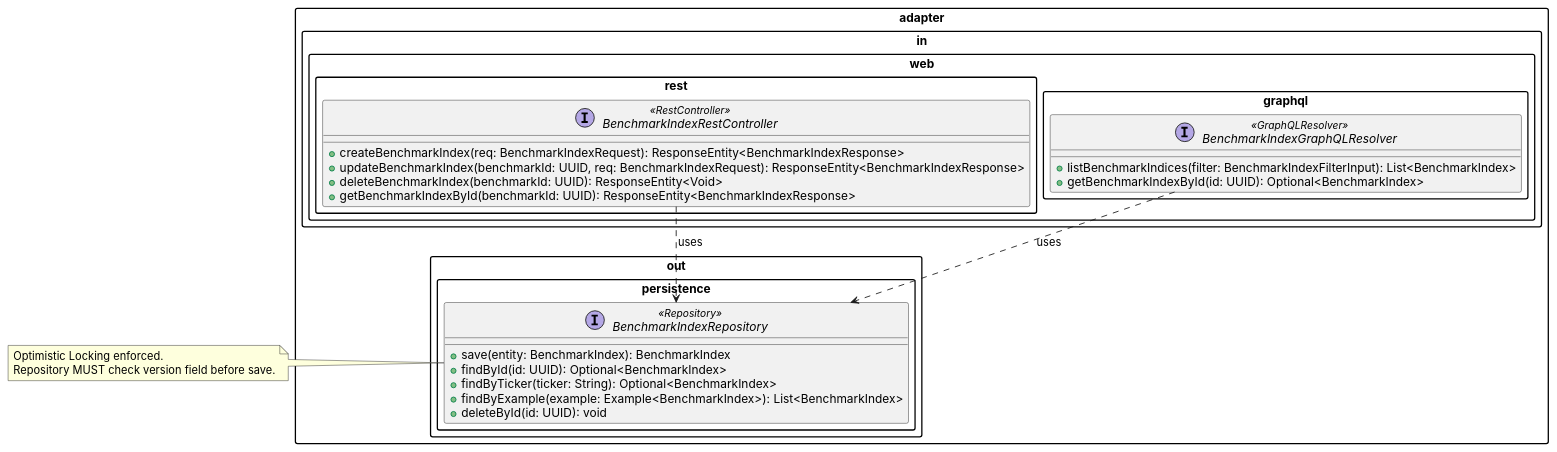
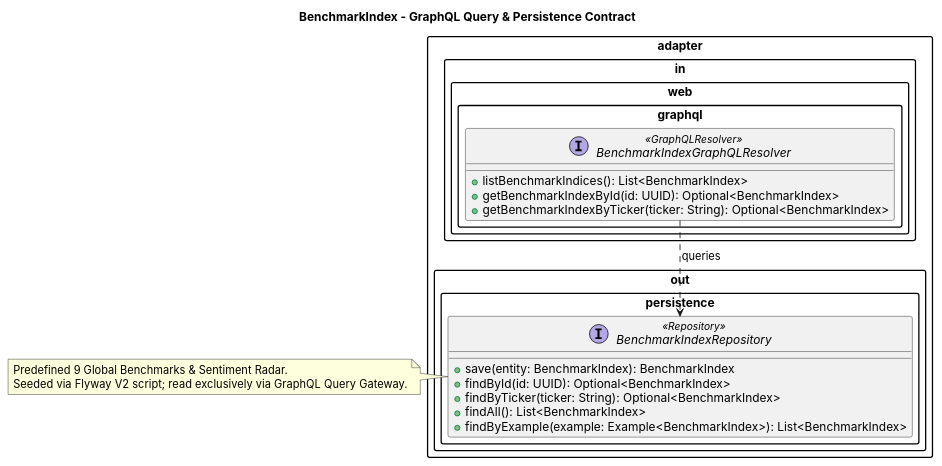
Before and after one commit to linuschien/etf-alpha-harvester: the diagram in docs/02-design-specs/uml/benchmark_index_contract.puml, drawn with PlantUML. The commit also changed other lines of this file and 10 other files, not shown here.

First line of the commit message:
Refactor UML Contracts to Transition from REST to GraphQL

```diff
--- a/docs/02-design-specs/uml/benchmark_index_contract.puml
+++ b/docs/02-design-specs/uml/benchmark_index_contract.puml
@@ -1,45 +1,36 @@
 @startuml benchmark_index_contract
 
 !pragma layout smetana
 skinparam packageStyle rectangle
 skinparam defaultFontName Inter
 
-package "adapter.in.web.rest" {
-  interface "BenchmarkIndexRestController" <<RestController>> {
-    ' --- Mutations ---
-    + createBenchmarkIndex(req: BenchmarkIndexRequest): ResponseEntity<BenchmarkIndexResponse>
-    + updateBenchmarkIndex(benchmarkId: UUID, req: BenchmarkIndexRequest): ResponseEntity<BenchmarkIndexResponse>
-    + deleteBenchmarkIndex(benchmarkId: UUID): ResponseEntity<Void>
-    ' --- Single-resource Query ---
-    + getBenchmarkIndexById(benchmarkId: UUID): ResponseEntity<BenchmarkIndexResponse>
-  }
-}
+title BenchmarkIndex - GraphQL Query & Persistence Contract
 
 package "adapter.in.web.graphql" {
   interface "BenchmarkIndexGraphQLResolver" <<GraphQLResolver>> {
-    ' --- Collection / Filtered Queries ---
-    + listBenchmarkIndices(filter: BenchmarkIndexFilterInput): List<BenchmarkIndex>
+    ' --- UI Read Gateway ---
+    + listBenchmarkIndices(): List<BenchmarkIndex>
     + getBenchmarkIndexById(id: UUID): Optional<BenchmarkIndex>
+    + getBenchmarkIndexByTicker(ticker: String): Optional<BenchmarkIndex>
   }
 }
 
 package "adapter.out.persistence" {
   interface "BenchmarkIndexRepository" <<Repository>> {
     + save(entity: BenchmarkIndex): BenchmarkIndex
     + findById(id: UUID): Optional<BenchmarkIndex>
     + findByTicker(ticker: String): Optional<BenchmarkIndex>
+    + findAll(): List<BenchmarkIndex>
     + findByExample(example: Example<BenchmarkIndex>): List<BenchmarkIndex>
-    + deleteById(id: UUID): void
   }
 }
 
 note right of BenchmarkIndexRepository
-  Optimistic Locking enforced.
-  Repository MUST check version field before save.
+  Predefined 9 Global Benchmarks & Sentiment Radar.
+  Seeded via Flyway V2 script; read exclusively via GraphQL Query Gateway.
 end note
 
 ' === Dependency Arrows ===
-"BenchmarkIndexRestController"  ..> "BenchmarkIndexRepository" : uses
-"BenchmarkIndexGraphQLResolver" ..> "BenchmarkIndexRepository" : uses
+"BenchmarkIndexGraphQLResolver" ..> "BenchmarkIndexRepository" : queries
 
 @enduml
```
